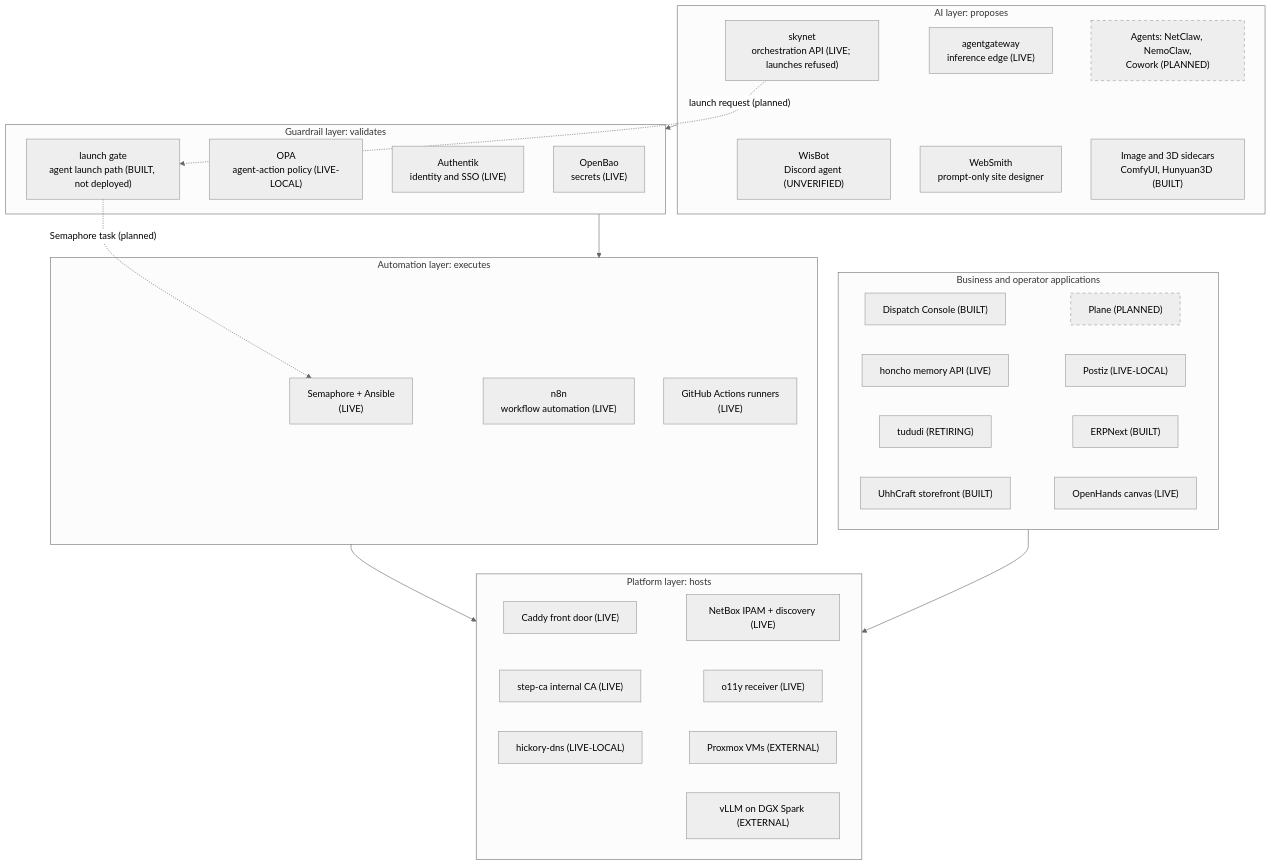
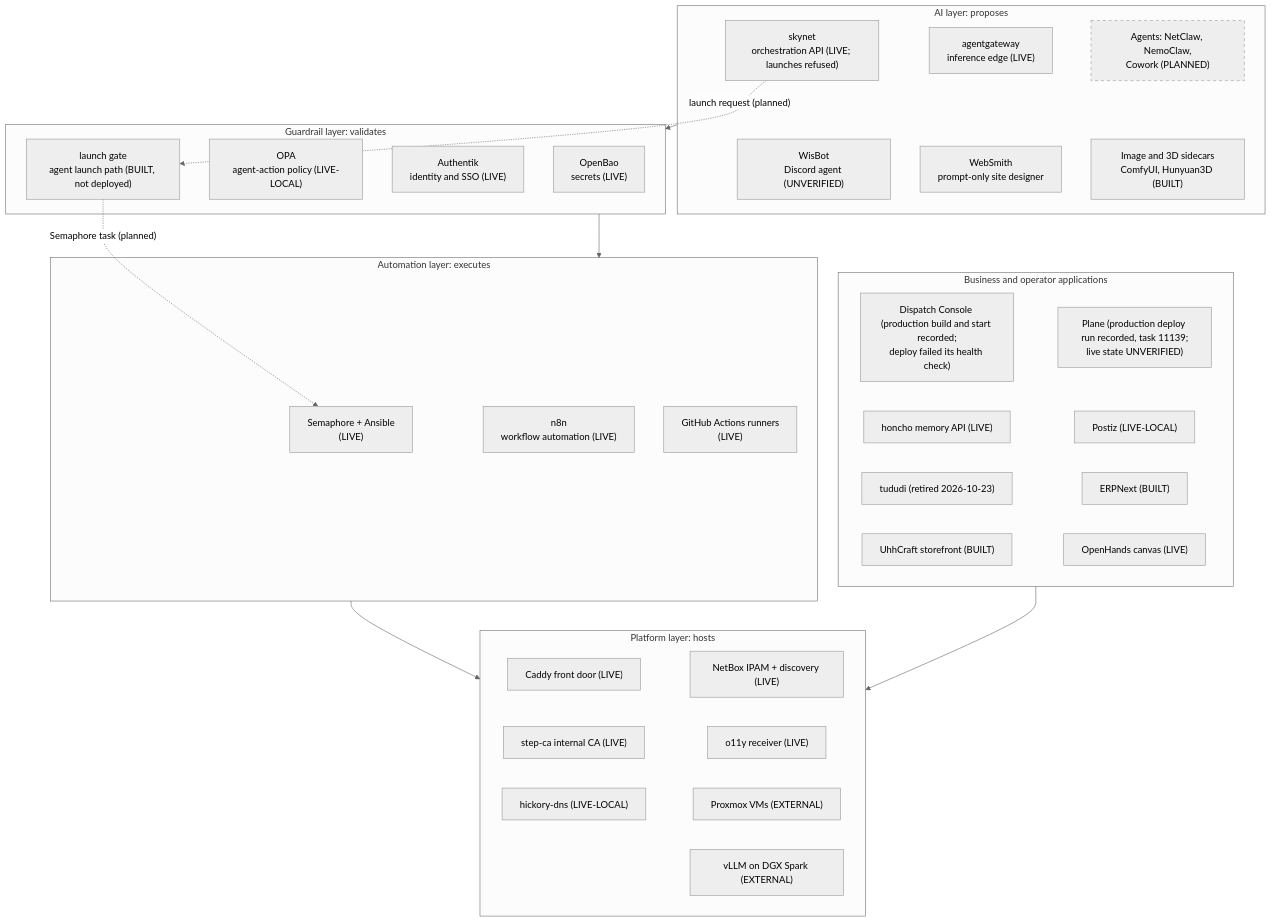
The first of 10 diagrams in plan/architecture/service-architecture.md (uhstray-io/agent-cloud), drawn with Mermaid (neutral theme) before and after one commit. The commit also changed other lines of this file, not shown here.

Commit message:
docs: correct service architecture status map

````diff
--- a/plan/architecture/service-architecture.md
+++ b/plan/architecture/service-architecture.md
@@ -80,57 +79,56 @@
 ```mermaid
 flowchart TD
     subgraph AI["AI layer: proposes"]
         SKYNET["skynet<br/>orchestration API (LIVE; launches refused)"]
         AGW["agentgateway<br/>inference edge (LIVE)"]
         AGENTS["Agents: NetClaw, NemoClaw,<br/>Cowork (PLANNED)"]
         WISBOT["WisBot<br/>Discord agent (UNVERIFIED)"]
         WEBSMITH["WebSmith<br/>prompt-only site designer"]
         SIDE["Image and 3D sidecars<br/>ComfyUI, Hunyuan3D (BUILT)"]
     end
     subgraph GR["Guardrail layer: validates"]
         BAO["OpenBao<br/>secrets (LIVE)"]
         OPA["OPA<br/>agent-action policy (LIVE-LOCAL)"]
         AK["Authentik<br/>identity and SSO (LIVE)"]
         LG["launch gate<br/>agent launch path (BUILT, not deployed)"]
     end
     subgraph AUTO["Automation layer: executes"]
         SEM["Semaphore + Ansible<br/>(LIVE)"]
         N8N["n8n<br/>workflow automation (LIVE)"]
         RUNNERS["GitHub Actions runners<br/>(LIVE)"]
     end
     subgraph APPS["Business and operator applications"]
-        CONSOLE["Dispatch Console (BUILT)"]
+        CONSOLE["Dispatch Console (production build and start recorded;<br/>deploy failed its health check)"]
         HONCHO["honcho memory API (LIVE)"]
-        TUDUDI["tududi (RETIRING)"]
-        PLANE["Plane (PLANNED)"]
+        TUDUDI["tududi (retired 2026-10-23)"]
+        PLANE["Plane (production deploy run recorded, task 11139;<br/>live state UNVERIFIED)"]
         POSTIZ["Postiz (LIVE-LOCAL)"]
         ERP["ERPNext (BUILT)"]
         UHH["UhhCraft storefront (BUILT)"]
         OH["OpenHands canvas (LIVE)"]
     end
     subgraph PLAT["Platform layer: hosts"]
         CADDY["Caddy front door (LIVE)"]
         CA["step-ca internal CA (LIVE)"]
         DNS["hickory-dns (LIVE-LOCAL)"]
         NB["NetBox IPAM + discovery (LIVE)"]
         O11Y["o11y receiver (LIVE)"]
         PVE["Proxmox VMs (EXTERNAL)"]
         VLLM["vLLM on DGX Spark (EXTERNAL)"]
     end
     SKYNET ~~~ WISBOT
     AGW ~~~ WEBSMITH
     AGENTS ~~~ SIDE
     CONSOLE ~~~ PLANE
     HONCHO ~~~ POSTIZ
     TUDUDI ~~~ ERP
     UHH ~~~ OH
     CADDY ~~~ NB
     CA ~~~ O11Y
     DNS ~~~ PVE
     SKYNET -.->|"launch request (planned)"| LG
     LG -.->|"Semaphore task (planned)"| SEM
     AI --> GR --> AUTO --> PLAT
     APPS --> PLAT
-    style PLANE stroke-dasharray: 5 5
     style AGENTS stroke-dasharray: 5 5
 ```
````
